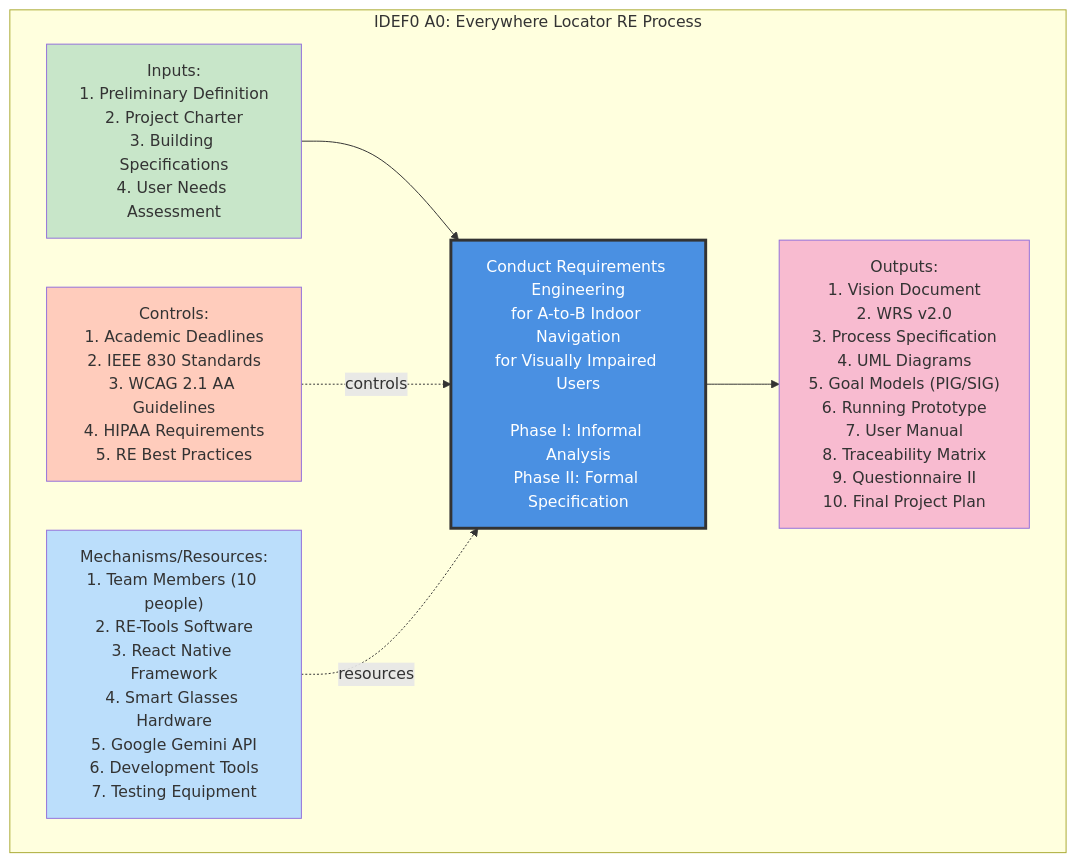
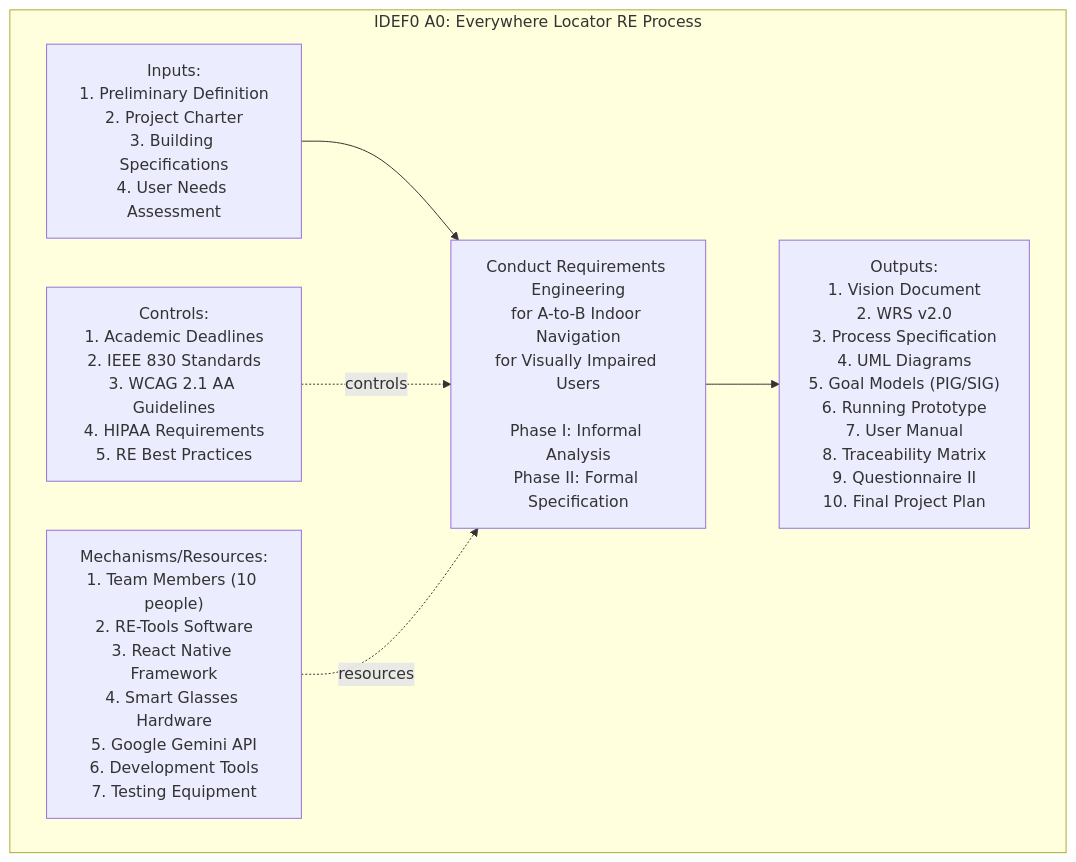
One commit to phamleduy04/se4351-mobile-f25 changed the second of 9 diagrams in docs/Project 2/Process Specification.md. Above: the diagram before and after it, drawn with Mermaid. The commit also changed other lines of this file, not shown here.

First line of the commit message:
Remove style definitions from Process Specification

````diff
--- a/docs/Project 2/Process Specification.md
+++ b/docs/Project 2/Process Specification.md
@@ -93,26 +86,21 @@
 ```mermaid
 graph TB
     subgraph "IDEF0 A0: Everywhere Locator RE Process"
         
         INPUTS["Inputs:<br/>1. Preliminary Definition<br/>2. Project Charter<br/>3. Building Specifications<br/>4. User Needs Assessment"]
         
         PROCESS["Conduct Requirements Engineering<br/>for A-to-B Indoor Navigation<br/>for Visually Impaired Users<br/><br/>Phase I: Informal Analysis<br/>Phase II: Formal Specification"]
         
         CONTROLS["Controls:<br/>1. Academic Deadlines<br/>2. IEEE 830 Standards<br/>3. WCAG 2.1 AA Guidelines<br/>4. HIPAA Requirements<br/>5. RE Best Practices"]
         
         MECHANISMS["Mechanisms/Resources:<br/>1. Team Members (10 people)<br/>2. RE-Tools Software<br/>3. React Native Framework<br/>4. Smart Glasses Hardware<br/>5. Google Gemini API<br/>6. Development Tools<br/>7. Testing Equipment"]
         
         OUTPUTS["Outputs:<br/>1. Vision Document<br/>2. WRS v2.0<br/>3. Process Specification<br/>4. UML Diagrams<br/>5. Goal Models (PIG/SIG)<br/>6. Running Prototype<br/>7. User Manual<br/>8. Traceability Matrix<br/>9. Questionnaire II<br/>10. Final Project Plan"]
     end
     
     INPUTS --> PROCESS
     CONTROLS -.controls.-> PROCESS
     MECHANISMS -.resources.-> PROCESS
     PROCESS --> OUTPUTS
-    
-    style PROCESS fill:#4A90E2,stroke:#333,stroke-width:3px,color:#fff
-    style INPUTS fill:#C8E6C9
-    style CONTROLS fill:#FFCCBC
-    style MECHANISMS fill:#BBDEFB
-    style OUTPUTS fill:#F8BBD0
+
 ```
````
